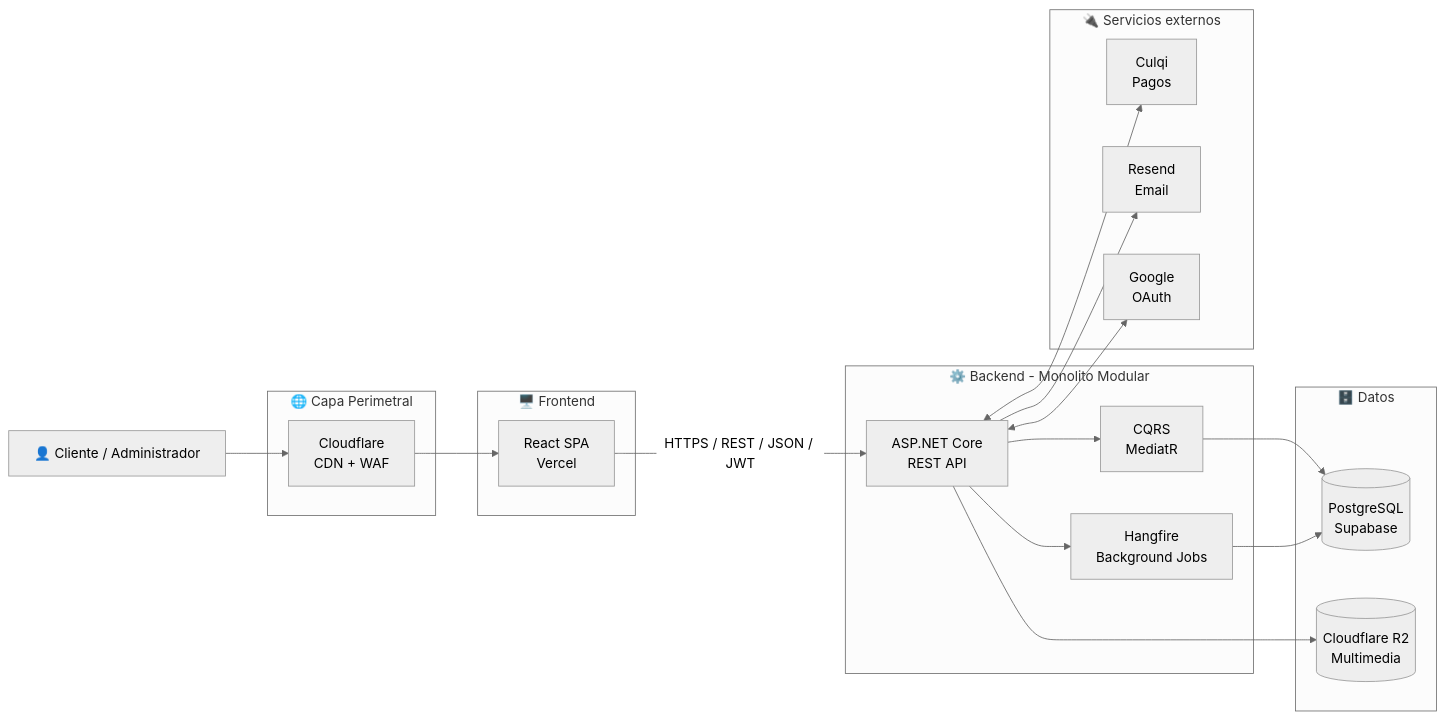
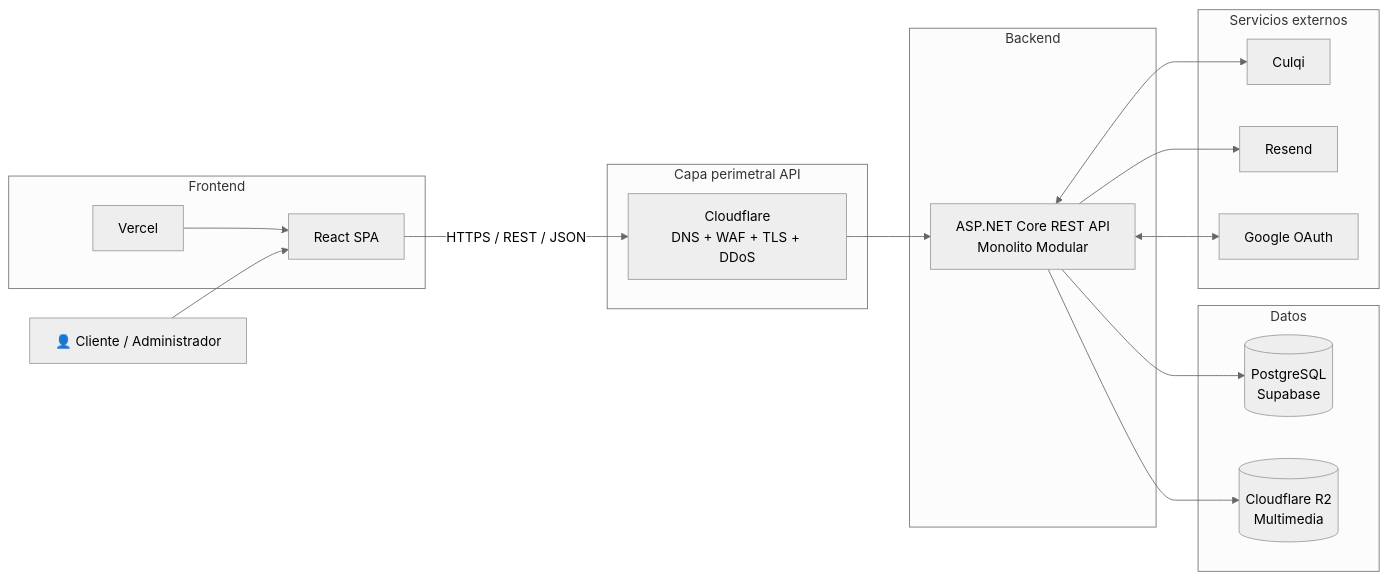
Before and after one commit to AiColleman/DMGoTravell: the first of 5 diagrams in README.md, drawn with Mermaid (neutral theme). The commit also changed other lines of this file, not shown here.

````diff
--- a/README.md
+++ b/README.md
@@ -160,43 +211,42 @@
 ```mermaid
 flowchart LR
 
-    Usuario["👤 Cliente / Administrador"]
+    USER["👤 Cliente / Administrador"]
 
-    subgraph EDGE["🌐 Capa Perimetral"]
-        Cloudflare["Cloudflare<br/>CDN + WAF"]
+    subgraph FRONT["Frontend"]
+        VERCEL["Vercel"]
+        REACT["React SPA"]
+        VERCEL --> REACT
     end
 
-    subgraph FRONTEND["🖥️ Frontend"]
-        React["React SPA<br/>Vercel"]
+    subgraph EDGE["Capa perimetral API"]
+        CF["Cloudflare<br/>DNS + WAF + TLS + DDoS"]
     end
 
-    subgraph BACKEND["⚙️ Backend - Monolito Modular"]
-        API["ASP.NET Core<br/>REST API"]
-        CQRS["CQRS<br/>MediatR"]
-        Jobs["Hangfire<br/>Background Jobs"]
+    subgraph BACK["Backend"]
+        API["ASP.NET Core REST API<br/>Monolito Modular"]
     end
 
-    subgraph DATOS["🗄️ Datos"]
-        PostgreSQL[("PostgreSQL<br/>Supabase")]
+    subgraph DATA["Datos"]
+        DB[("PostgreSQL<br/>Supabase")]
         R2[("Cloudflare R2<br/>Multimedia")]
     end
 
-    subgraph EXTERNOS["🔌 Servicios externos"]
-        Culqi["Culqi<br/>Pagos"]
-        Resend["Resend<br/>Email"]
-        Google["Google<br/>OAuth"]
+    subgraph EXT["Servicios externos"]
+        CULQI["Culqi"]
+        RESEND["Resend"]
+        GOOGLE["Google OAuth"]
     end
 
-    Usuario --> Cloudflare
-    Cloudflare --> React
-    React -->|"HTTPS / REST / JSON / JWT"| API
+    USER --> REACT
 
-    API --> CQRS
-    API --> Jobs
-    CQRS --> PostgreSQL
-    Jobs --> PostgreSQL
+    REACT -->|"HTTPS / REST / JSON"| CF
+    CF --> API
+
+    API --> DB
     API --> R2
-    API <--> Culqi
-    API --> Resend
-    API <--> Google
+
+    API <--> CULQI
+    API --> RESEND
+    API <--> GOOGLE
 ```
````
